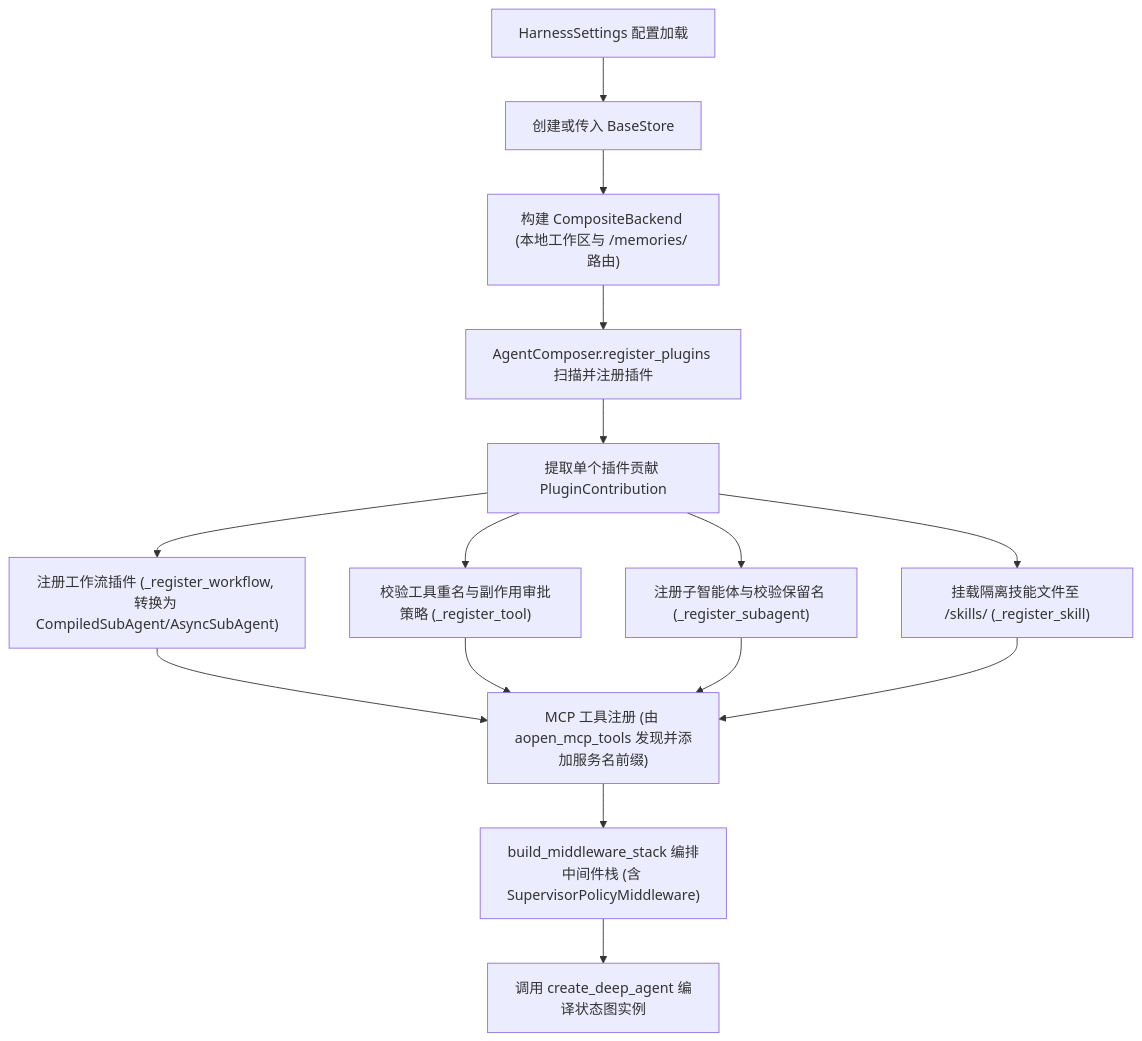
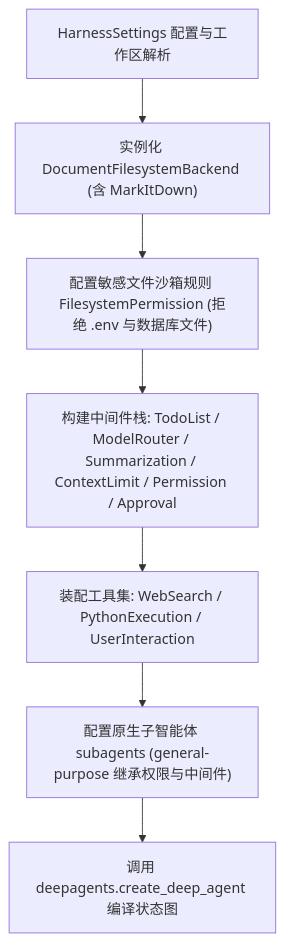
One commit to 0passion0/agent_harness changed the diagram in openwiki/architecture/overview.md. Above: the diagram before and after it, drawn with Mermaid. The commit also changed other lines of this file and 29 other files, not shown here.

````diff
--- a/openwiki/architecture/overview.md
+++ b/openwiki/architecture/overview.md
@@ -45,14 +44,9 @@
 ```mermaid
 graph TD
-    A["HarnessSettings 配置加载"] --> B["创建或传入 BaseStore"]
-    B --> C["构建 CompositeBackend (本地工作区与 /memories/ 路由)"]
-    C --> D["AgentComposer.register_plugins 扫描并注册插件"]
-    D --> E["提取单个插件贡献 PluginContribution"]
-    E --> F["注册工作流插件 (_register_workflow, 转换为 CompiledSubAgent/AsyncSubAgent)"]
-    E --> G["校验工具重名与副作用审批策略 (_register_tool)"]
-    E --> H["注册子智能体与校验保留名 (_register_subagent)"]
-    E --> I["挂载隔离技能文件至 /skills/ (_register_skill)"]
-    F & G & H & I --> J["MCP 工具注册 (由 aopen_mcp_tools 发现并添加服务名前缀)"]
-    J --> K["build_middleware_stack 编排中间件栈 (含 SupervisorPolicyMiddleware)"]
-    K --> L["调用 create_deep_agent 编译状态图实例"]
+    A["HarnessSettings 配置与工作区解析"] --> B["实例化 DocumentFilesystemBackend (含 MarkItDown)"]
+    B --> C["配置敏感文件沙箱规则 FilesystemPermission (拒绝 .env 与数据库文件)"]
+    C --> D["构建中间件栈: TodoList / ModelRouter / Summarization / ContextLimit / Permission / Approval"]
+    D --> E["装配工具集: WebSearch / PythonExecution / UserInteraction"]
+    E --> F["配置原生子智能体 subagents (general-purpose 继承权限与中间件)"]
+    F --> G["调用 deepagents.create_deep_agent 编译状态图"]
 ```
````
